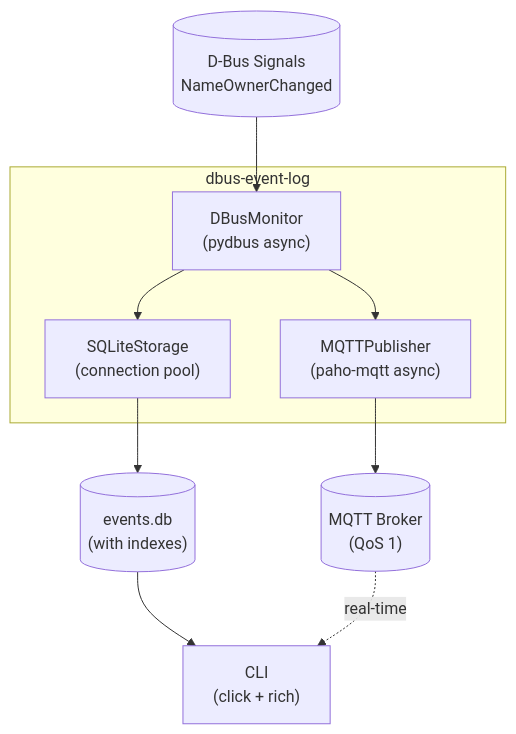
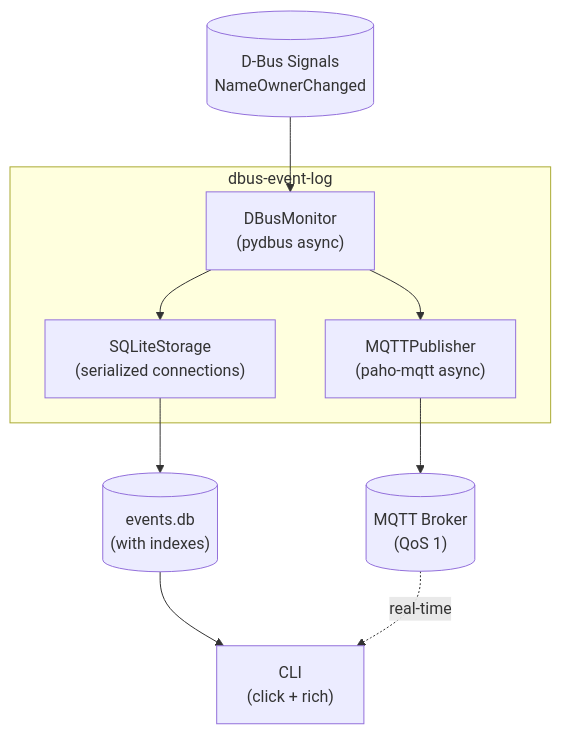
The second of 2 diagrams in README.md (victron-venus/dbus-event-log), drawn with Mermaid before and after one commit. The commit also changed other lines of this file and 8 other files, not shown here.

````diff
--- a/README.md
+++ b/README.md
@@ -257,21 +304,21 @@
 ```mermaid
 flowchart TB
     subgraph "dbus-event-log"
         DBusMonitor["DBusMonitor<br/>(pydbus async)"]
-        SQLiteStorage["SQLiteStorage<br/>(connection pool)"]
+        SQLiteStorage["SQLiteStorage<br/>(serialized connections)"]
         MQTTPublisher["MQTTPublisher<br/>(paho-mqtt async)"]
     end
 
     DBusSignals[("D-Bus Signals<br/>NameOwnerChanged")]
     EventsDB[("events.db<br/>(with indexes)")]
     MQTTBroker[("MQTT Broker<br/>(QoS 1)")]
     CLI["CLI<br/>(click + rich)"]
 
     DBusSignals --> DBusMonitor
     DBusMonitor --> SQLiteStorage
     DBusMonitor --> MQTTPublisher
     SQLiteStorage --> EventsDB
     MQTTPublisher --> MQTTBroker
     EventsDB --> CLI
     MQTTBroker -.->|real-time| CLI
 ```
````
